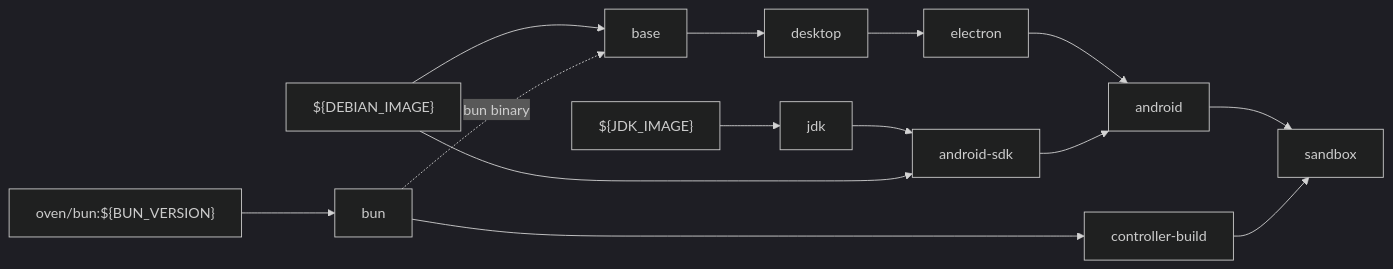
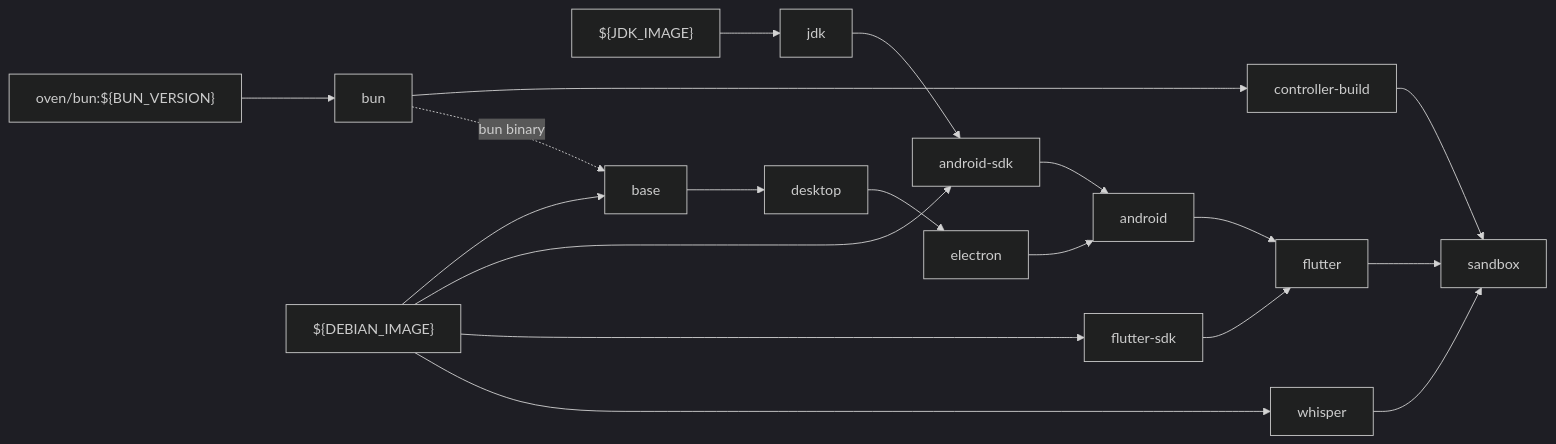
The diagram in docs/architecture/sandbox-image.md (kevin-roan/tesseract), drawn with Mermaid (dark theme) before and after one commit. The commit also changed other lines of this file and 239 other files, not shown here.

````diff
--- a/docs/architecture/sandbox-image.md
+++ b/docs/architecture/sandbox-image.md
@@ -19,10 +19,14 @@
 ```mermaid
 flowchart LR
   bunimg["oven/bun:${BUN_VERSION}"] --> bun["bun"] --> cb["controller-build"]
   jdkimg["${JDK_IMAGE}"] --> jdk["jdk"] --> asdk["android-sdk"]
-  deb["${DEBIAN_IMAGE}"] --> base --> desktop --> electron --> android --> sandbox
+  deb["${DEBIAN_IMAGE}"] --> base --> desktop --> electron --> android --> flutter --> sandbox
   deb --> asdk
+  deb --> fsdk["flutter-sdk"]
+  deb --> whisper
   bun -. "bun binary" .-> base
   asdk --> android
+  fsdk --> flutter
+  whisper --> sandbox
   cb --> sandbox
 ```
````
